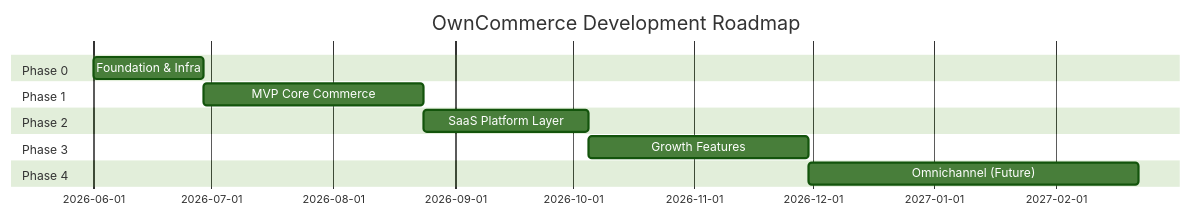
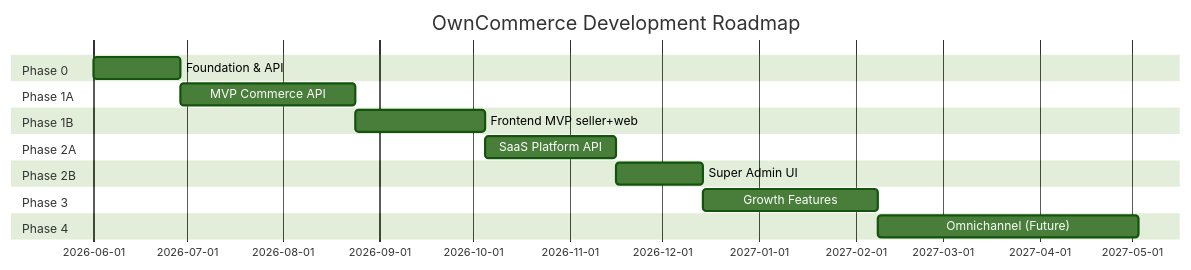
One commit to bryanagamk/owncommerce changed the diagram in prompt/development-plan.md. Above: the diagram before and after it, drawn with Mermaid (forest theme). The commit also changed other lines of this file and 39 other files, not shown here.

Commit message:
feat: commerce API

````diff
--- a/prompt/development-plan.md
+++ b/prompt/development-plan.md
@@ -37,15 +39,19 @@
 ```mermaid
 gantt
     title OwnCommerce Development Roadmap
     dateFormat YYYY-MM
     section Phase 0
-    Foundation & Infra           :p0, 2026-06, 4w
-    section Phase 1
-    MVP Core Commerce            :p1, after p0, 8w
-    section Phase 2
-    SaaS Platform Layer          :p2, after p1, 6w
+    Foundation & API             :p0, 2026-06, 4w
+    section Phase 1A
+    MVP Commerce API             :p1a, after p0, 8w
+    section Phase 1B
+    Frontend MVP seller+web      :p1b, after p1a, 6w
+    section Phase 2A
+    SaaS Platform API            :p2a, after p1b, 6w
+    section Phase 2B
+    Super Admin UI               :p2b, after p2a, 4w
     section Phase 3
-    Growth Features              :p3, after p2, 8w
+    Growth Features              :p3, after p2b, 8w
     section Phase 4
     Omnichannel (Future)         :p4, after p3, 12w
 ```
````
